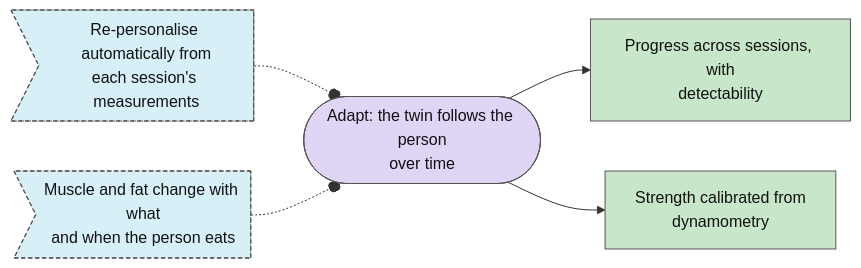
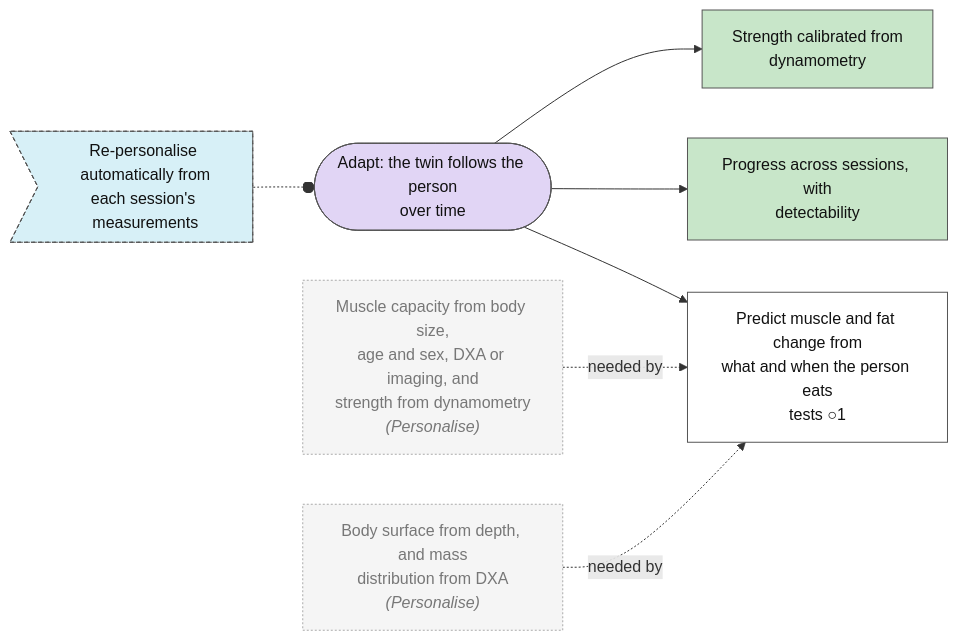
Before and after one commit to Sigurius23/Rehab-agent: the fifth of 7 diagrams in plan/MAP.md, drawn with Mermaid. The commit also changed other lines of this file and 4 other files, not shown here.

First line of the commit message:
Plan: the nutrition idea promoted to a step, with the DXA test

````diff
--- a/plan/MAP.md
+++ b/plan/MAP.md
@@ -289,31 +292,35 @@
 ```mermaid
 flowchart LR
-  n0["Progress across sessions, with<br/>detectability"]:::step_done
-  n1["Strength calibrated from<br/>dynamometry"]:::step_done
-  n2>"Re-personalise automatically from<br/>each session's measurements"]:::idea_new
-  n3>"Muscle and fat change with what<br/>and when the person eats"]:::idea_new
+  n0["Predict muscle and fat change from<br/>what and when the person eats<br/>tests ○1"]:::step_open
+  n1["Progress across sessions, with<br/>detectability"]:::step_done
+  n2["Strength calibrated from<br/>dynamometry"]:::step_done
+  n3>"Re-personalise automatically from<br/>each session's measurements"]:::idea_new
   n4(["Adapt: the twin follows the person<br/>over time"]):::goal_open
+  n5["Muscle capacity from body size,<br/>age and sex, DXA or imaging, and<br/>strength from dynamometry<br/><i>(Personalise)</i>"]:::external
+  n6["Body surface from depth, and mass<br/>distribution from DXA<br/><i>(Personalise)</i>"]:::external
   n4 --> n0
+  n5 -. needed by .-> n0
+  n6 -. needed by .-> n0
   n4 --> n1
-  n2 -.-o n4
+  n4 --> n2
   n3 -.-o n4
   classDef goal_open fill:#e1d5f5,stroke:#555,color:#111
   classDef goal_done fill:#c8e6c9,stroke:#555,color:#111
   classDef step_open fill:#ffffff,stroke:#555,color:#111
   classDef step_doing fill:#fff3c4,stroke:#555,color:#111
   classDef step_done fill:#c8e6c9,stroke:#555,color:#111
   classDef step_blocked fill:#ffe0b2,stroke:#555,color:#111
   classDef step_dropped fill:#eeeeee,stroke:#555,color:#111
   classDef test_planned fill:#ffffff,stroke:#555,color:#111
   classDef test_running fill:#fff3c4,stroke:#555,color:#111
   classDef test_passed fill:#c8e6c9,stroke:#555,color:#111
   classDef test_failed fill:#ffcdd2,stroke:#555,color:#111
   classDef test_mixed fill:#fff3c4,stroke:#555,color:#111
   classDef test_dropped fill:#eeeeee,stroke:#555,color:#111
   classDef idea_new fill:#d7f0f7,stroke:#555,color:#111,stroke-dasharray: 4 3
   classDef idea_promoted fill:#eeeeee,stroke:#555,color:#111,stroke-dasharray: 4 3
   classDef idea_dropped fill:#eeeeee,stroke:#555,color:#111,stroke-dasharray: 4 3
   classDef decision_open fill:#ffe0b2,stroke:#555,color:#111
   classDef decision_decided fill:#ffe0b2,stroke:#555,color:#111
   classDef external fill:#f5f5f5,stroke:#aaa,color:#777,stroke-dasharray: 2 2
 ```
````
